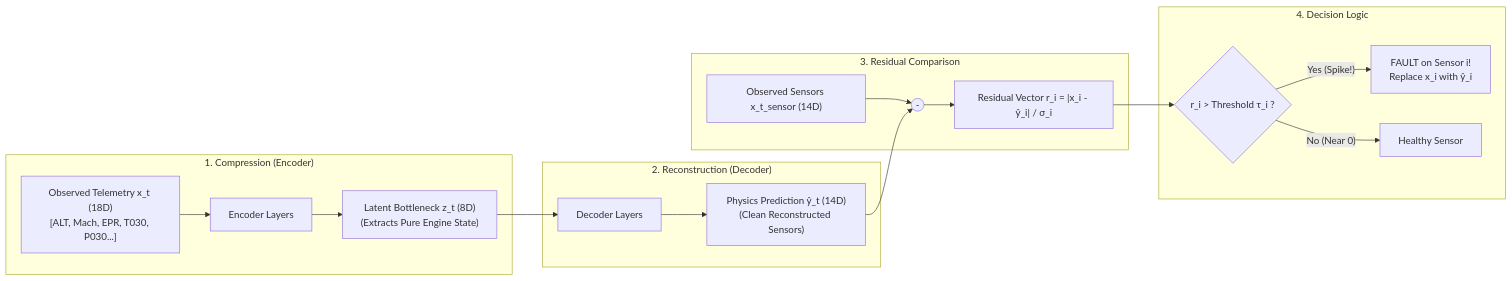
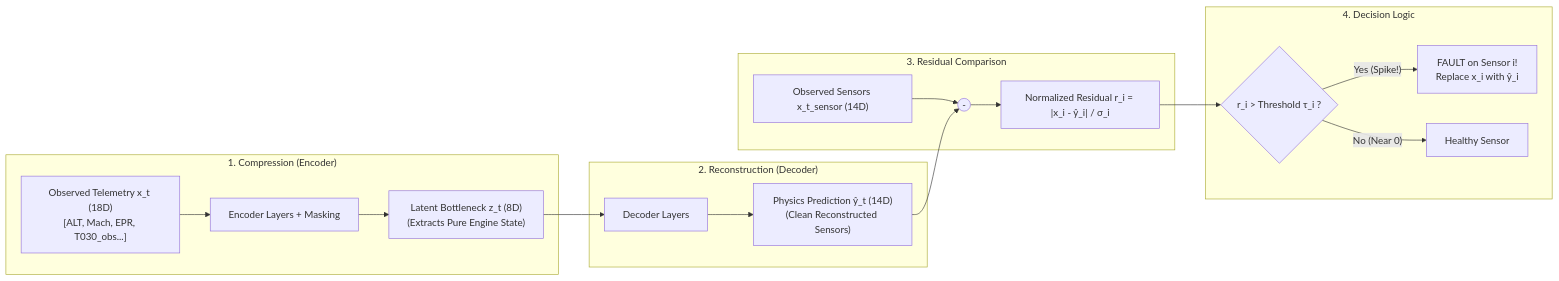
Before and after one commit to atulyasharan29/Turbofan-Guard: the second of 4 diagrams in docs/ml.md, drawn with Mermaid. The commit also changed other lines of this file, not shown here.

Commit message:
docs: update ml architecture documentation with comprehensive sensor fault injection models and updated diagnostic schema definitions.

````diff
--- a/docs/ml.md
+++ b/docs/ml.md
@@ -124,24 +150,24 @@
 ```mermaid
 flowchart LR
     subgraph Compression["1. Compression (Encoder)"]
-        X["Observed Telemetry x_t (18D)<br/>[ALT, Mach, EPR, T030, P030...]"] --> Enc["Encoder Layers"]
+        X["Observed Telemetry x_t (18D)<br/>[ALT, Mach, EPR, T030_obs...]"] --> Enc["Encoder Layers + Masking"]
         Enc --> Latent["Latent Bottleneck z_t (8D)<br/>(Extracts Pure Engine State)"]
     end
 
     subgraph Expansion["2. Reconstruction (Decoder)"]
         Latent --> Dec["Decoder Layers"]
         Dec --> Y_hat["Physics Prediction ŷ_t (14D)<br/>(Clean Reconstructed Sensors)"]
     end
 
     subgraph ResidualMath["3. Residual Comparison"]
         X_sens["Observed Sensors x_t_sensor (14D)"] --> Minus(( - ))
         Y_hat --> Minus
-        Minus --> Res["Residual Vector r_i = |x_i - ŷ_i| / σ_i"]
+        Minus --> Res["Normalized Residual r_i = |x_i - ŷ_i| / σ_i"]
     end
 
     subgraph Decision["4. Decision Logic"]
         Res --> Thresh{"r_i > Threshold τ_i ?"}
         Thresh -- "Yes (Spike!)" --> Fault["FAULT on Sensor i!<br/>Replace x_i with ŷ_i"]
         Thresh -- "No (Near 0)" --> Healthy["Healthy Sensor"]
     end
 ```
````
